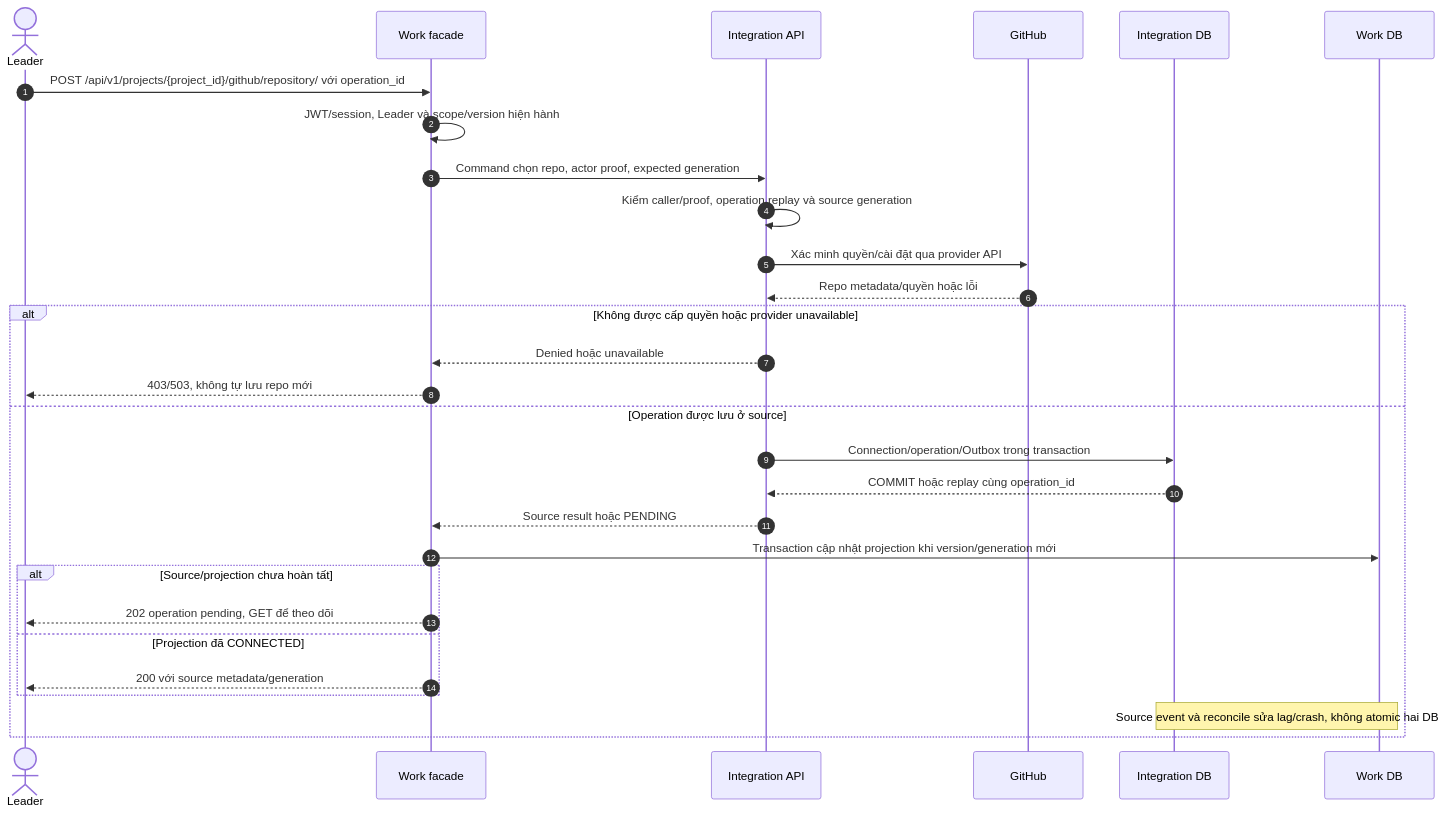
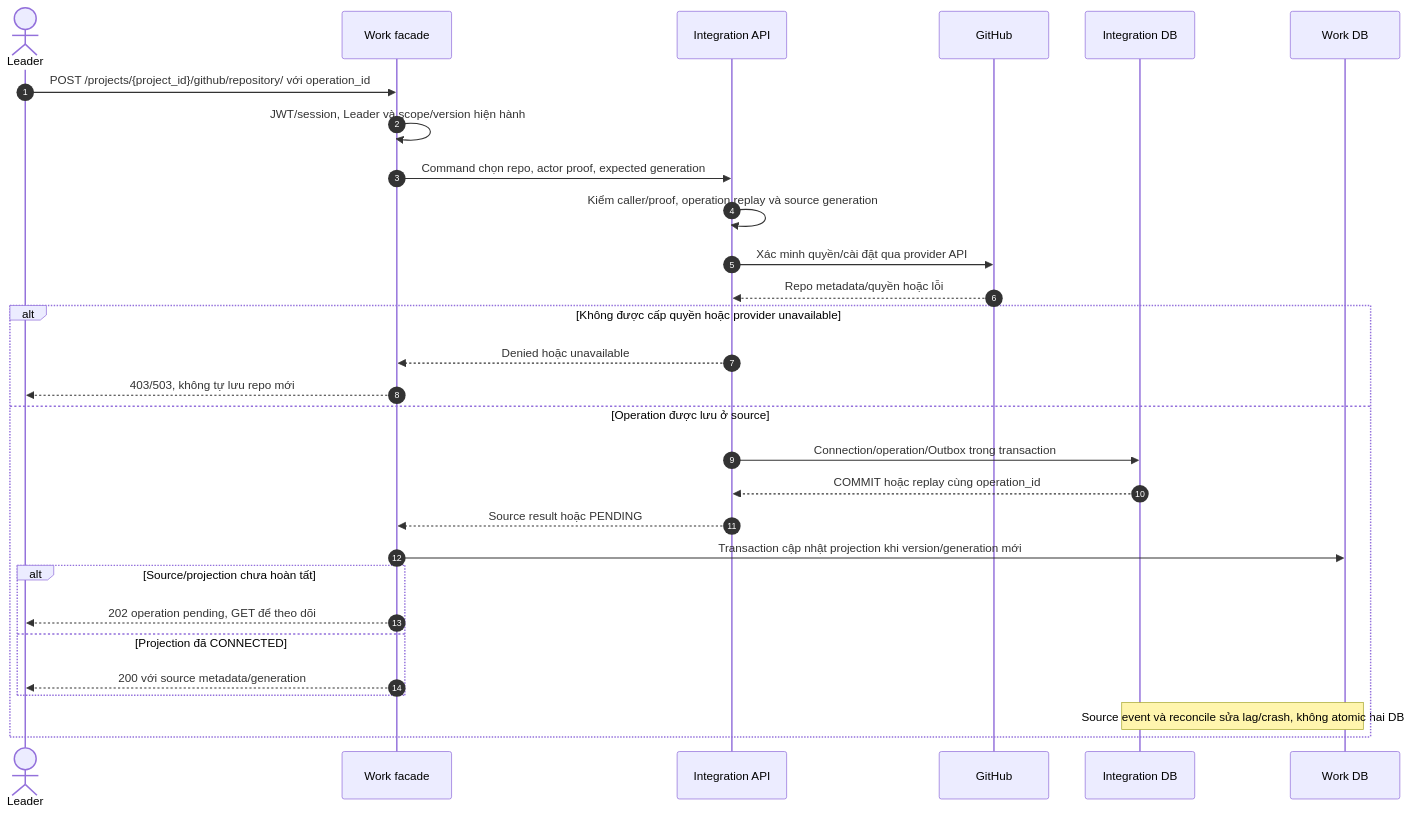
One commit to TriNguyenThanh/UTask changed diagram 11 of 12 in docs/diagram/work-service/sequence.md. Above: the diagram before and after it, drawn with Mermaid. The commit also changed other lines of this file and 68 other files, not shown here.

````diff
--- a/docs/diagram/work-service/sequence.md
+++ b/docs/diagram/work-service/sequence.md
@@ -457,31 +457,31 @@
 ```mermaid
 sequenceDiagram
     autonumber
     actor L as Leader
     participant A as Work facade
     participant I as Integration API
     participant G as GitHub
     participant IDB as Integration DB
     participant D as Work DB
-    L->>A: POST /api/v1/projects/{project_id}/github/repository/ với operation_id
+    L->>A: POST /projects/{project_id}/github/repository/ với operation_id
     A->>A: JWT/session, Leader và scope/version hiện hành
     A->>I: Command chọn repo, actor proof, expected generation
     I->>I: Kiểm caller/proof, operation replay và source generation
     I->>G: Xác minh quyền/cài đặt qua provider API
     G-->>I: Repo metadata/quyền hoặc lỗi
     alt Không được cấp quyền hoặc provider unavailable
         I-->>A: Denied hoặc unavailable
         A-->>L: 403/503, không tự lưu repo mới
     else Operation được lưu ở source
         I->>IDB: Connection/operation/Outbox trong transaction
         IDB-->>I: COMMIT hoặc replay cùng operation_id
         I-->>A: Source result hoặc PENDING
         A->>D: Transaction cập nhật projection khi version/generation mới
         alt Source/projection chưa hoàn tất
             A-->>L: 202 operation pending, GET để theo dõi
         else Projection đã CONNECTED
             A-->>L: 200 với source metadata/generation
         end
         Note over IDB,D: Source event và reconcile sửa lag/crash, không atomic hai DB
     end
 ```
````
